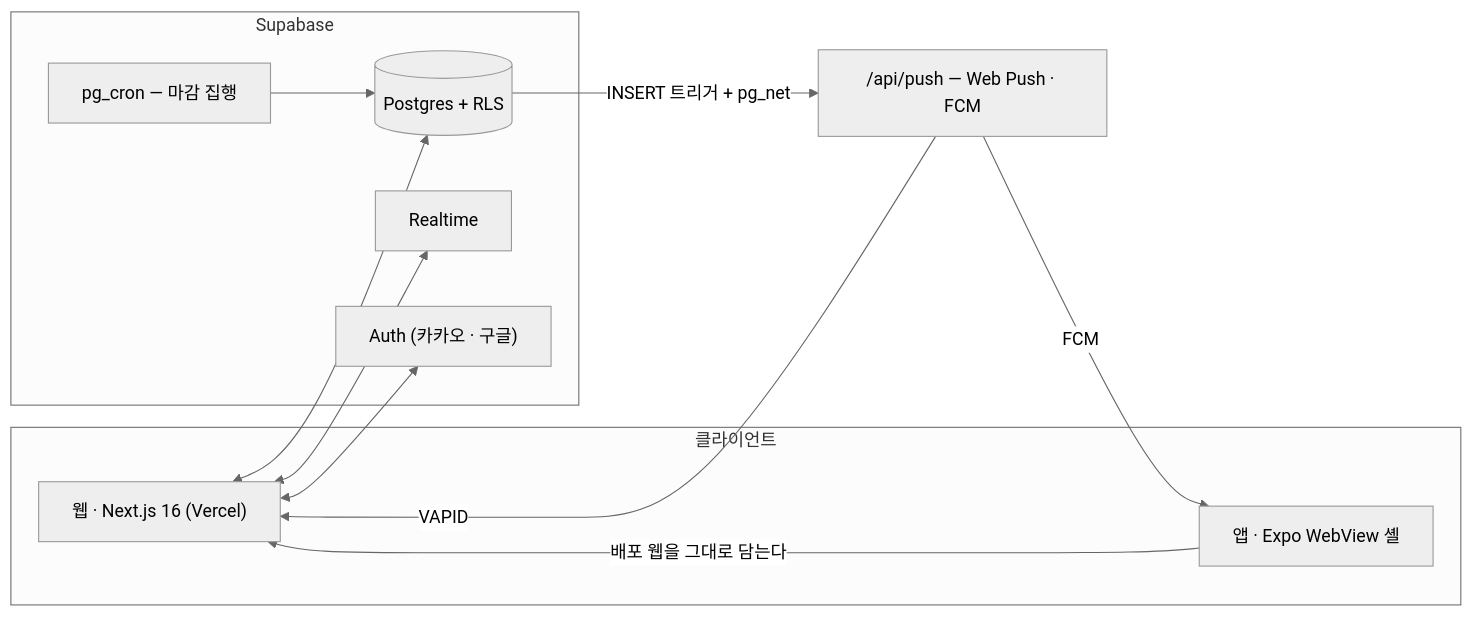
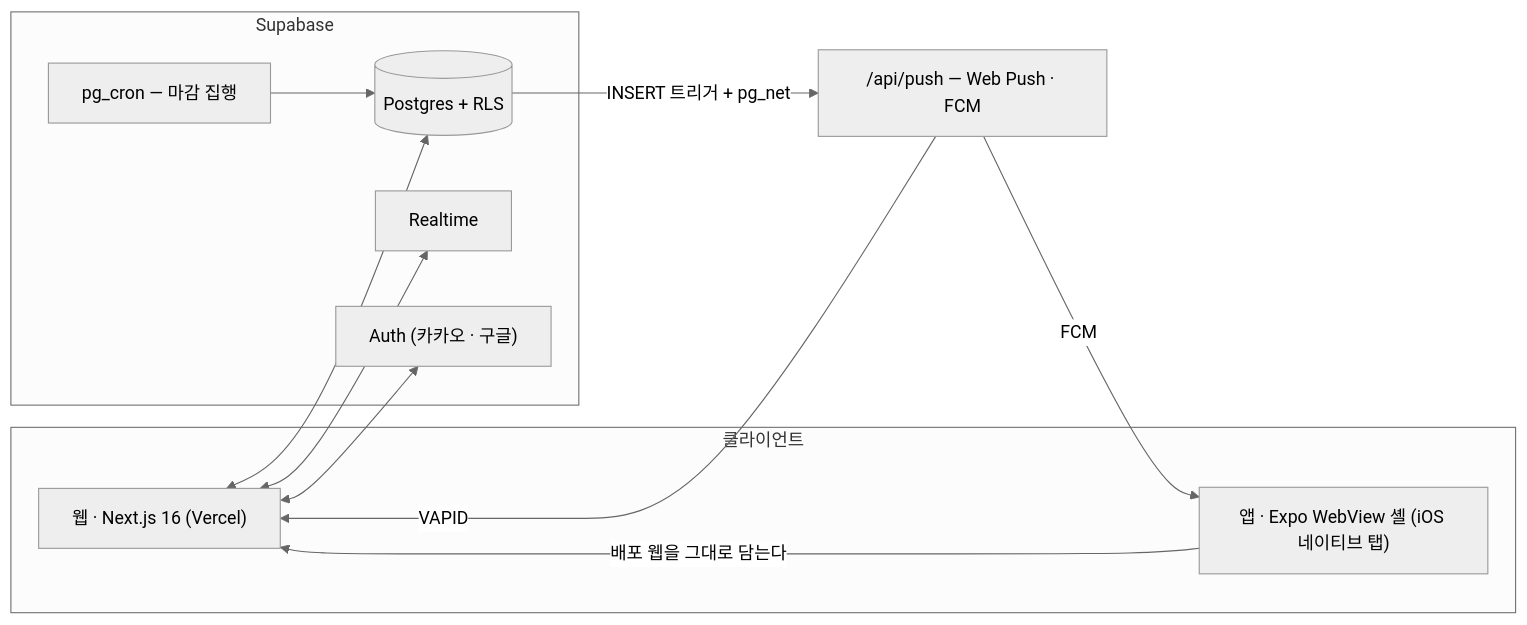
The diagram in README.md (seokachu/vidding-re), drawn with Mermaid (neutral theme) before and after one commit. The commit also changed other lines of this file and 2 other files, not shown here.

Commit message:
docs: iOS 네이티브 탭(X9 · 앱 셸 v1.5.0)을 README · /docs 허브 · 기능명세서에 반영한다

````diff
--- a/README.md
+++ b/README.md
@@ -106,23 +108,23 @@
 ```mermaid
 flowchart LR
   subgraph client["클라이언트"]
     web["웹 · Next.js 16 (Vercel)"]
-    app["앱 · Expo WebView 셸"]
+    app["앱 · Expo WebView 셸 (iOS 네이티브 탭)"]
   end
   subgraph supa["Supabase"]
     db[("Postgres + RLS")]
     rt["Realtime"]
     auth["Auth (카카오 · 구글)"]
     cron["pg_cron — 마감 집행"]
   end
   push["/api/push — Web Push · FCM"]
 
   app -->|"배포 웹을 그대로 담는다"| web
   web <--> db
   web <--> rt
   web <--> auth
   cron --> db
   db -->|"INSERT 트리거 + pg_net"| push
   push -->|"VAPID"| web
   push -->|"FCM"| app
 ```
````
